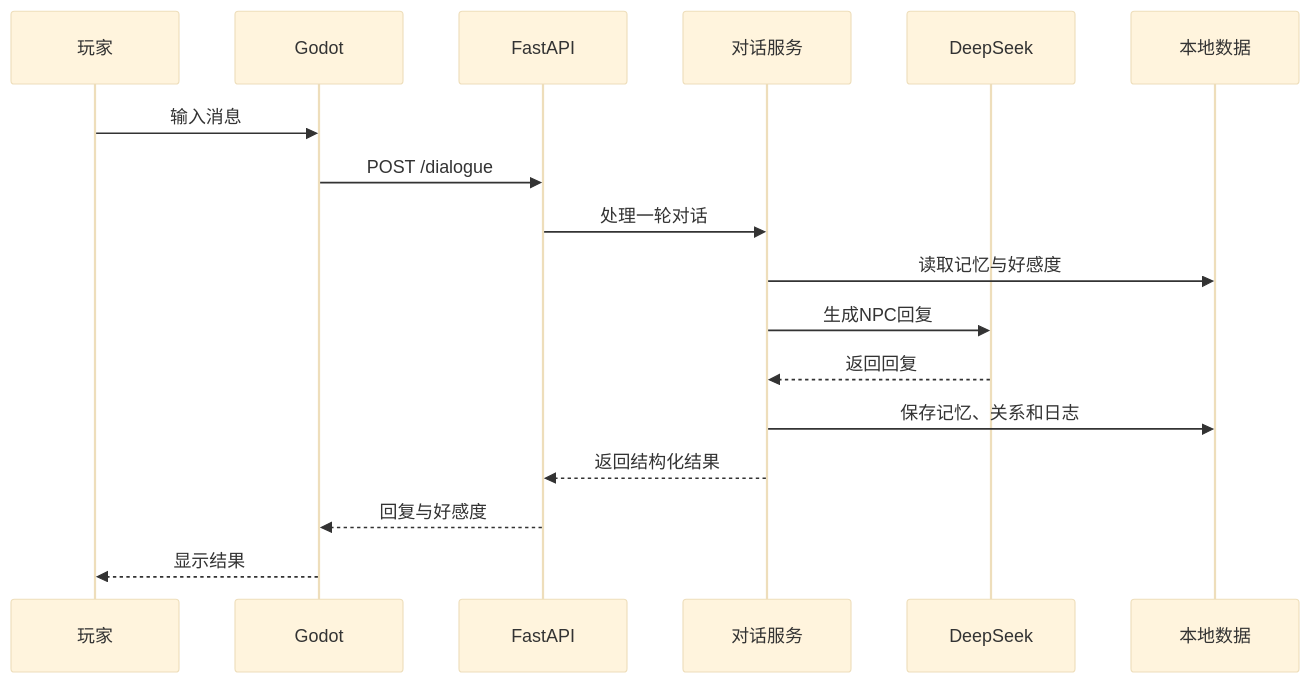
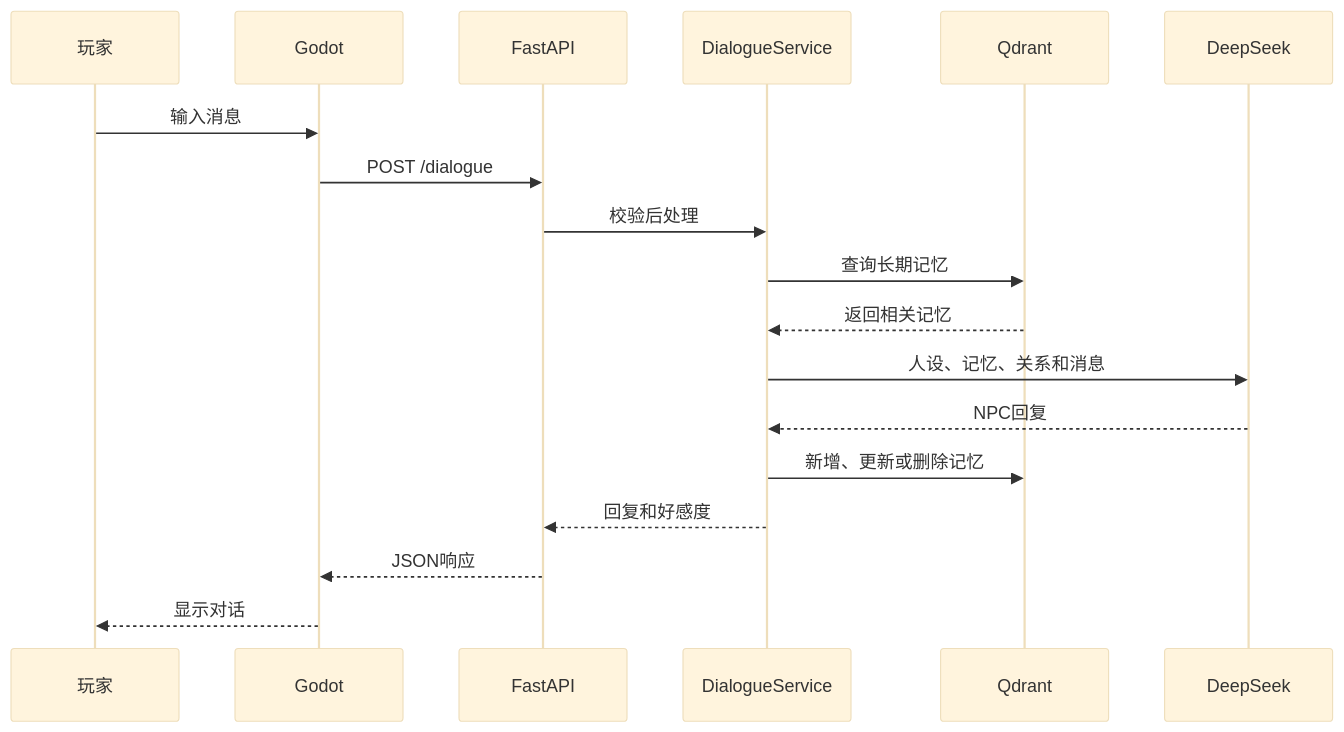
The fifth of 5 diagrams in md/项目架构说明.md (shark-max-ops/15_cyber-town-from-scratch), drawn with Mermaid (base theme) before and after one commit. The commit also changed other lines of this file and 14 other files, not shown here.

````diff
--- a/md/项目架构说明.md
+++ b/md/项目架构说明.md
@@ -414,20 +284,21 @@
 ```mermaid
 sequenceDiagram
     participant P as 玩家
     participant G as Godot
     participant A as FastAPI
-    participant S as 对话服务
+    participant S as DialogueService
+    participant Q as Qdrant
     participant L as DeepSeek
-    participant D as 本地数据
 
     P->>G: 输入消息
     G->>A: POST /dialogue
-    A->>S: 处理一轮对话
-    S->>D: 读取记忆与好感度
-    S->>L: 生成NPC回复
-    L-->>S: 返回回复
-    S->>D: 保存记忆、关系和日志
-    S-->>A: 返回结构化结果
-    A-->>G: 回复与好感度
-    G-->>P: 显示结果
+    A->>S: 校验后处理
+    S->>Q: 查询长期记忆
+    Q-->>S: 返回相关记忆
+    S->>L: 人设、记忆、关系和消息
+    L-->>S: NPC回复
+    S->>Q: 新增、更新或删除记忆
+    S-->>A: 回复和好感度
+    A-->>G: JSON响应
+    G-->>P: 显示对话
 ```
````
